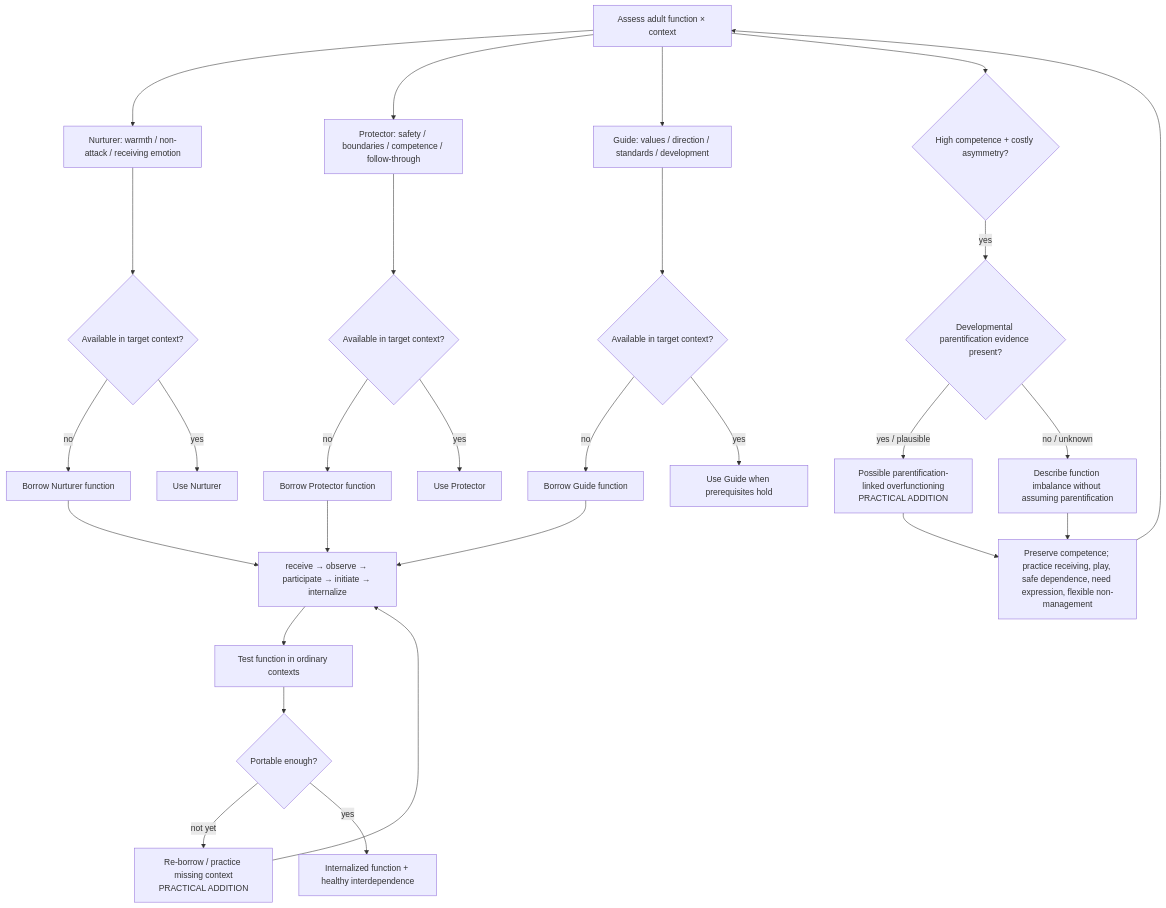
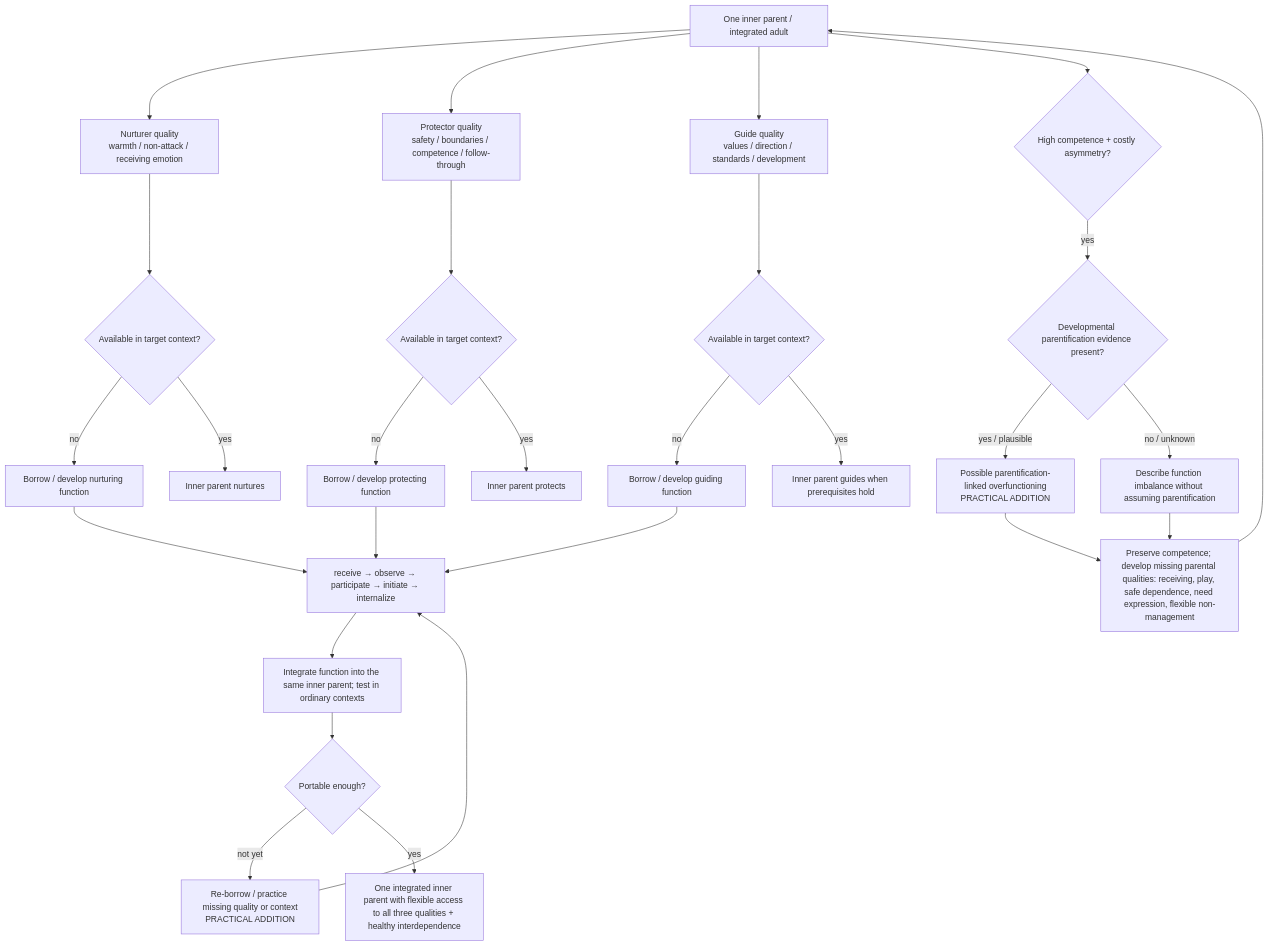
The diagram in analysis/inner_child_protocol/maps/02-ADULT-FUNCTION-ARCHITECTURE.md (u-dont-existDOTcom/creativeTailSampling), drawn with Mermaid before and after one commit. The commit also changed other lines of this file, not shown here.

Commit message:
Clarify one inner parent with three functional qualities

````diff
--- a/analysis/inner_child_protocol/maps/02-ADULT-FUNCTION-ARCHITECTURE.md
+++ b/analysis/inner_child_protocol/maps/02-ADULT-FUNCTION-ARCHITECTURE.md
@@ -5,30 +21,30 @@
 ```mermaid
 flowchart TD
-    A["Assess adult function × context"] --> B["Nurturer: warmth / non-attack / receiving emotion"]
-    A --> C["Protector: safety / boundaries / competence / follow-through"]
-    A --> D["Guide: values / direction / standards / development"]
+    A["One inner parent / integrated adult"] --> B["Nurturer quality<br/>warmth / non-attack / receiving emotion"]
+    A --> C["Protector quality<br/>safety / boundaries / competence / follow-through"]
+    A --> D["Guide quality<br/>values / direction / standards / development"]
     B --> E{"Available in target context?"}
     C --> F{"Available in target context?"}
     D --> G{"Available in target context?"}
-    E -- "no" --> H["Borrow Nurturer function"]
-    F -- "no" --> I["Borrow Protector function"]
-    G -- "no" --> J["Borrow Guide function"]
+    E -- "no" --> H["Borrow / develop nurturing function"]
+    F -- "no" --> I["Borrow / develop protecting function"]
+    G -- "no" --> J["Borrow / develop guiding function"]
     H --> K["receive → observe → participate → initiate → internalize"]
     I --> K
     J --> K
-    E -- "yes" --> L["Use Nurturer"]
-    F -- "yes" --> M["Use Protector"]
-    G -- "yes" --> N["Use Guide when prerequisites hold"]
-    K --> O["Test function in ordinary contexts"]
+    E -- "yes" --> L["Inner parent nurtures"]
+    F -- "yes" --> M["Inner parent protects"]
+    G -- "yes" --> N["Inner parent guides when prerequisites hold"]
+    K --> O["Integrate function into the same inner parent; test in ordinary contexts"]
     O --> P{"Portable enough?"}
-    P -- "not yet" --> Q["Re-borrow / practice missing context<br/>PRACTICAL ADDITION"]
+    P -- "not yet" --> Q["Re-borrow / practice missing quality or context<br/>PRACTICAL ADDITION"]
     Q --> K
-    P -- "yes" --> R["Internalized function + healthy interdependence"]
+    P -- "yes" --> R["One integrated inner parent with flexible access to all three qualities + healthy interdependence"]
     A --> S{"High competence + costly asymmetry?"}
     S -- "yes" --> T{"Developmental parentification evidence present?"}
     T -- "yes / plausible" --> U["Possible parentification-linked overfunctioning<br/>PRACTICAL ADDITION"]
     T -- "no / unknown" --> V["Describe function imbalance without assuming parentification"]
-    U --> W["Preserve competence; practice receiving, play, safe dependence, need expression, flexible non-management"]
+    U --> W["Preserve competence; develop missing parental qualities: receiving, play, safe dependence, need expression, flexible non-management"]
     V --> W
     W --> A
 ```
````
